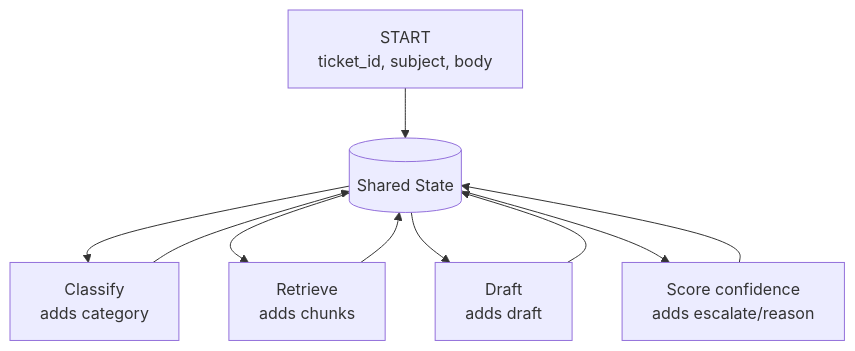
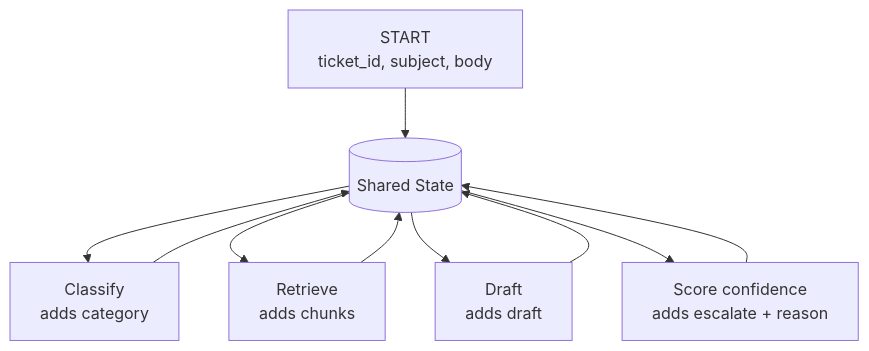
One commit to Aman-srivastav24/ai-support-triage changed the third of 18 diagrams in docs/DAY_04_LEARNINGS.md. Above: the diagram before and after it, drawn with Mermaid. The commit also changed other lines of this file, not shown here.

````diff
--- a/docs/DAY_04_LEARNINGS.md
+++ b/docs/DAY_04_LEARNINGS.md
@@ -48,13 +47,13 @@
 ```mermaid
 flowchart TD
-    S[(Shared State)]
-    A[START<br/>ticket_id, subject, body] --> S
-    S --> B[Classify<br/>adds category]
+    S[("Shared State")]
+    A["START<br/>ticket_id, subject, body"] --> S
+    S --> B["Classify<br/>adds category"]
     B --> S
-    S --> C[Retrieve<br/>adds chunks]
+    S --> C["Retrieve<br/>adds chunks"]
     C --> S
-    S --> D[Draft<br/>adds draft]
+    S --> D["Draft<br/>adds draft"]
     D --> S
-    S --> E[Score confidence<br/>adds escalate/reason]
+    S --> E["Score confidence<br/>adds escalate + reason"]
     E --> S
 ```
````
